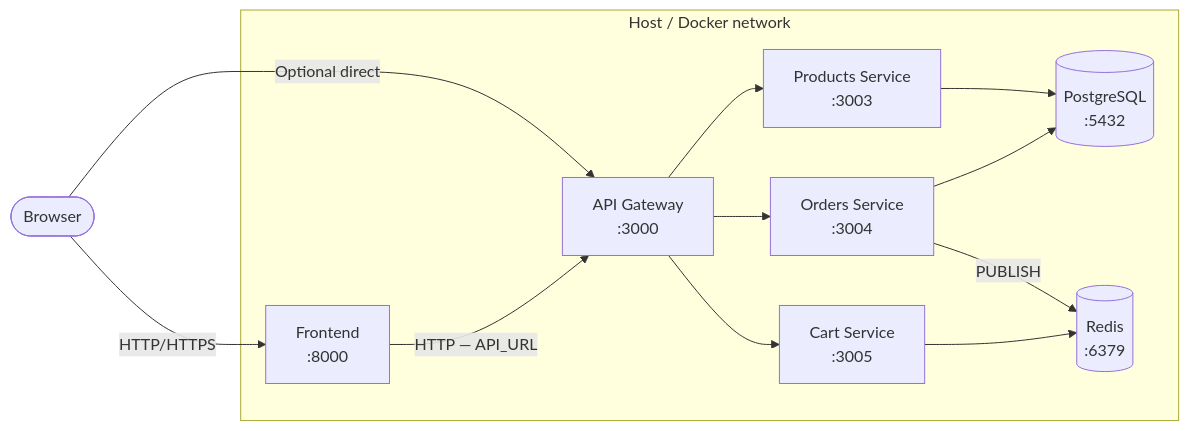
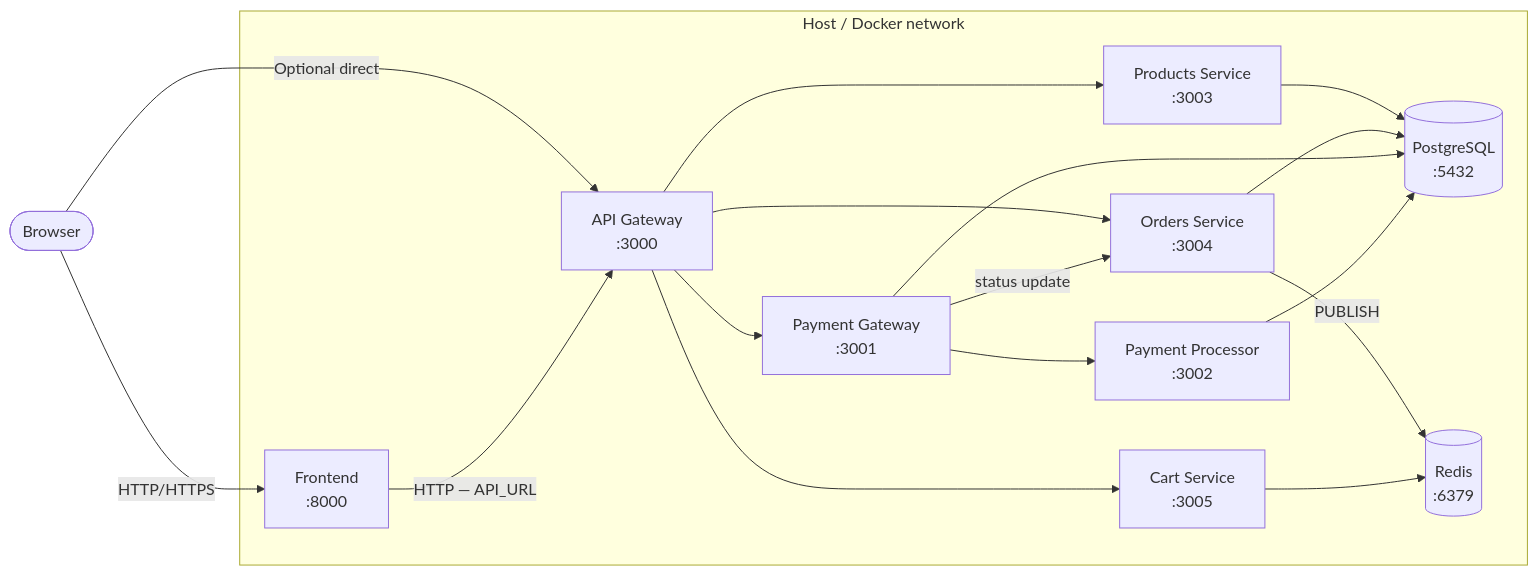
One commit to d-subrahmanyam/deno-fresh-microservices changed the eighth of 9 diagrams in docs/ARCHITECTURE.md. Above: the diagram before and after it, drawn with Mermaid. The commit also changed other lines of this file and 62 other files, not shown here.

````diff
--- a/docs/ARCHITECTURE.md
+++ b/docs/ARCHITECTURE.md
@@ -334,21 +394,27 @@
 ```mermaid
 graph LR
     subgraph Host["Host / Docker network"]
         FE["Frontend\n:8000"]
         GW["API Gateway\n:3000"]
+        PGW["Payment Gateway\n:3001"]
+        PP["Payment Processor\n:3002"]
         PR["Products Service\n:3003"]
         OR["Orders Service\n:3004"]
         CA["Cart Service\n:3005"]
         PG[("PostgreSQL\n:5432")]
         RD[("Redis\n:6379")]
     end
 
     Browser(["Browser"]) -->|"HTTP/HTTPS"| FE
     Browser -->|"Optional direct"| GW
     FE -->|"HTTP — API_URL"| GW
-    GW --> PR & OR & CA
+    GW --> PR & OR & CA & PGW
+    PGW --> PP
+    PGW -->|"status update"| OR
     PR --> PG
     OR --> PG
     OR -->|"PUBLISH"| RD
     CA --> RD
+    PGW --> PG
+    PP --> PG
 ```
````
